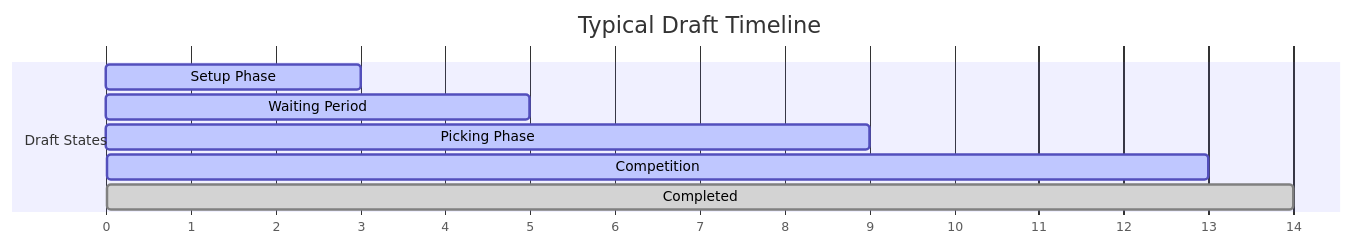
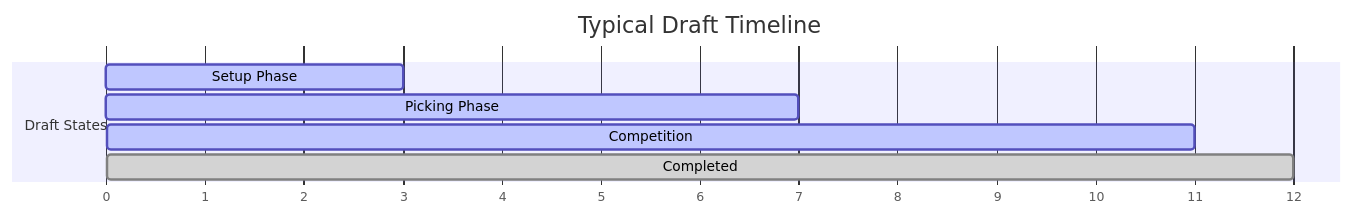
Before and after one commit to squirlemaster42/fantasy-frc-web: the second of 15 diagrams in docs/business-logic/draft-states-visual.md, drawn with Mermaid. The commit also changed other lines of this file and 28 other files, not shown here.

````diff
--- a/docs/business-logic/draft-states-visual.md
+++ b/docs/business-logic/draft-states-visual.md
@@ -28,13 +26,12 @@
 ```mermaid
 gantt
     title Typical Draft Timeline
     dateFormat X
     axisFormat %s
     
     section Draft States
     Setup Phase :active, filling, 0, 3
-    Waiting Period :active, waiting, 3, 5
-    Picking Phase :active, picking, 5, 9
-    Competition :active, playing, 9, 13
-    Completed :done, complete, 13, 14
+    Picking Phase :active, picking, 3, 7
+    Competition :active, playing, 7, 11
+    Completed :done, complete, 11, 12
 ```
````
